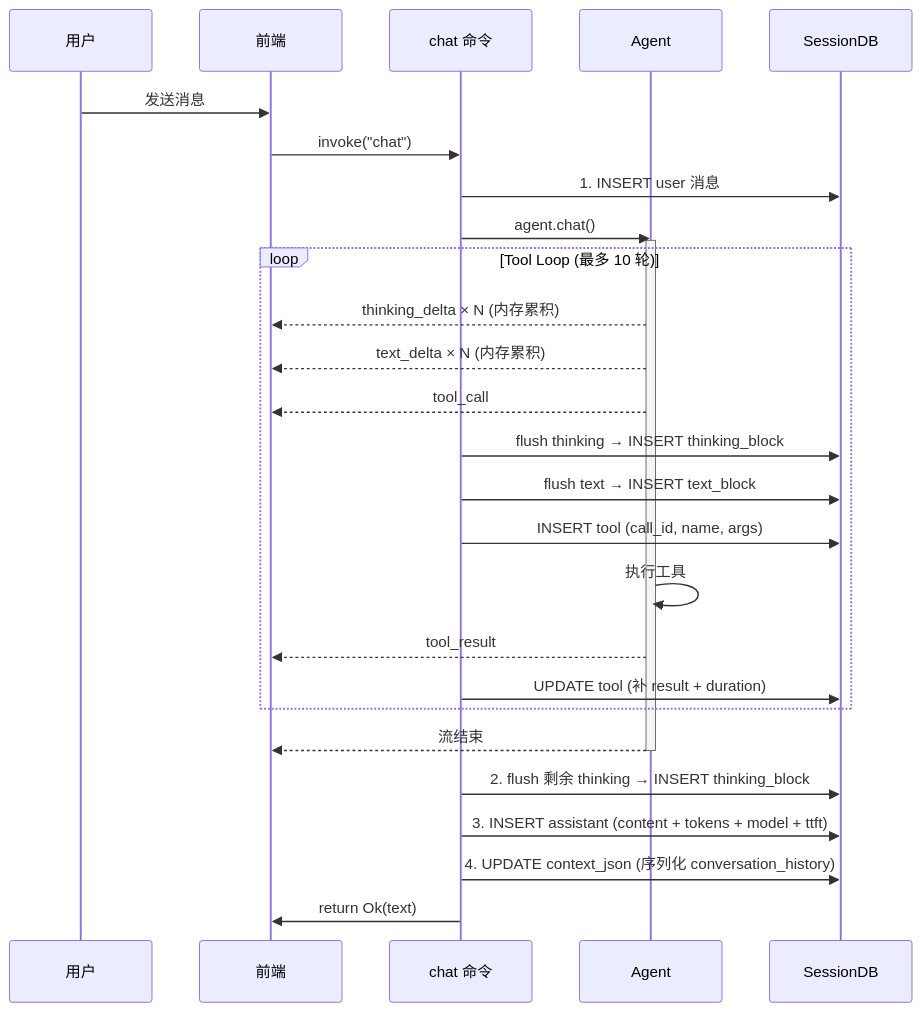
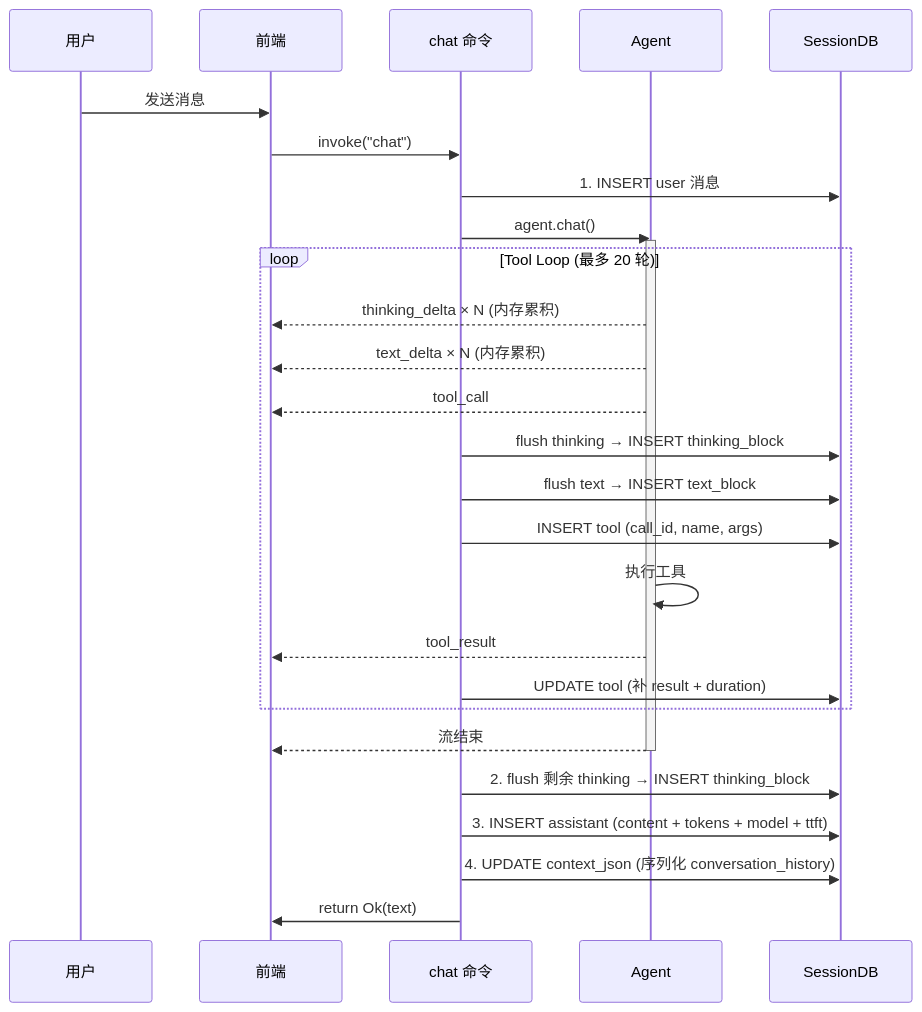
Before and after one commit to shiwenwen/hope-agent: diagram 13 of 17 in docs/architecture/provider-system.md, drawn with Mermaid. The commit also changed 9 other files, not shown here.

````diff
--- a/docs/architecture/provider-system.md
+++ b/docs/architecture/provider-system.md
@@ -832,35 +832,35 @@
 ```mermaid
 sequenceDiagram
   participant U as 用户
   participant FE as 前端
   participant CMD as chat 命令
   participant Agent as Agent
   participant DB as SessionDB
 
   U->>FE: 发送消息
   FE->>CMD: invoke("chat")
   CMD->>DB: 1. INSERT user 消息
 
   CMD->>Agent: agent.chat()
   activate Agent
 
-  loop Tool Loop (最多 10 轮)
+  loop Tool Loop (最多 20 轮)
     Agent-->>FE: thinking_delta × N (内存累积)
     Agent-->>FE: text_delta × N (内存累积)
     Agent-->>FE: tool_call
     CMD->>DB: flush thinking → INSERT thinking_block
     CMD->>DB: flush text → INSERT text_block
     CMD->>DB: INSERT tool (call_id, name, args)
     Agent->>Agent: 执行工具
     Agent-->>FE: tool_result
     CMD->>DB: UPDATE tool (补 result + duration)
   end
 
   Agent-->>FE: 流结束
   deactivate Agent
 
   CMD->>DB: 2. flush 剩余 thinking → INSERT thinking_block
   CMD->>DB: 3. INSERT assistant (content + tokens + model + ttft)
   CMD->>DB: 4. UPDATE context_json (序列化 conversation_history)
   CMD->>FE: return Ok(text)
 ```
````
